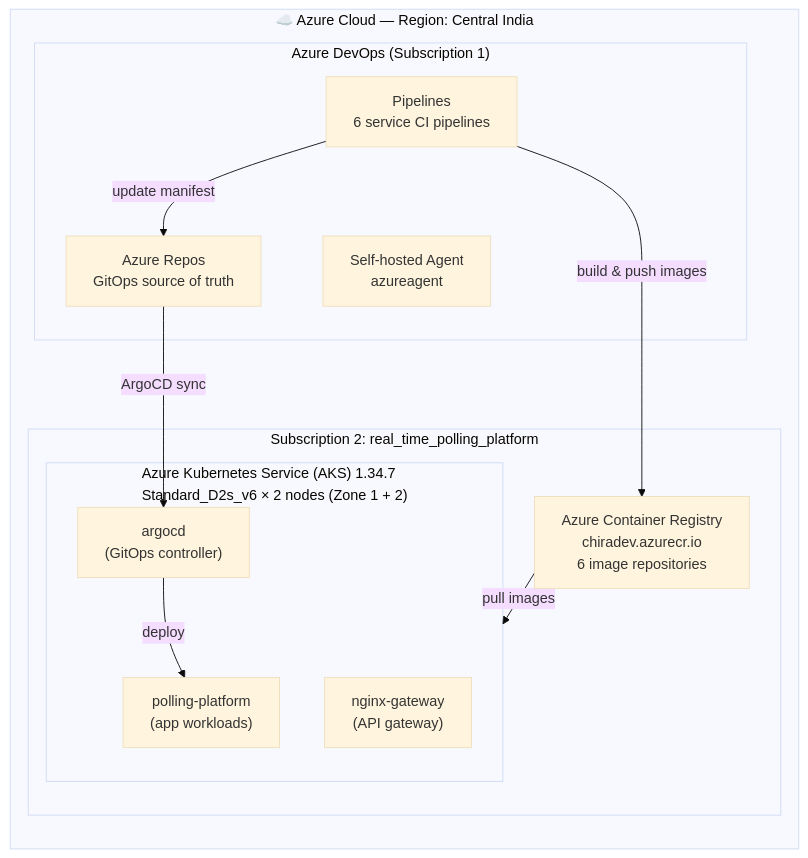
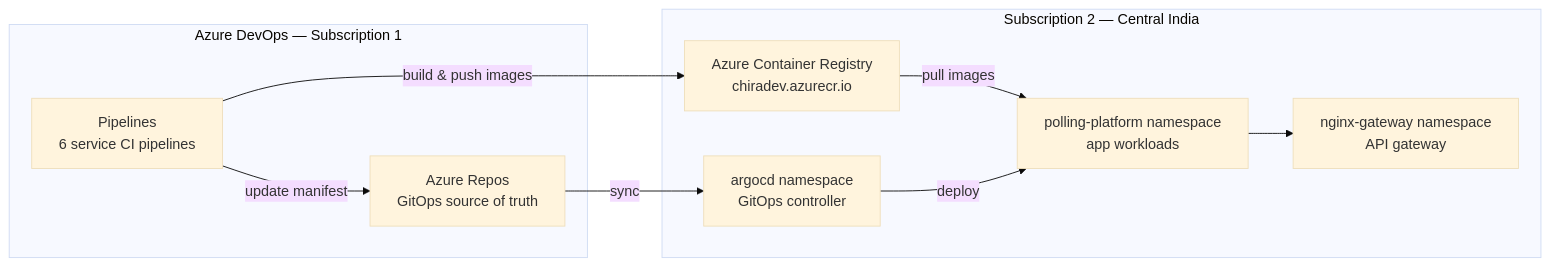
Before and after one commit to 0019-KDU/cloud-native-polling-platform: the second of 6 diagrams in README.md, drawn with Mermaid (base theme). The commit also changed other lines of this file and 6 other files, not shown here.

Commit message:
fix: resolve Mermaid render errors (cycles + nested subgraphs); add diagram sources to docs/diagrams

````diff
--- a/README.md
+++ b/README.md
@@ -154,28 +154,21 @@
 ```mermaid
 flowchart LR
-    subgraph AZURE["☁️ Azure Cloud — Region: Central India"]
-        direction TB
-
-        subgraph DEVOPS["Azure DevOps (Subscription 1)"]
-            REPO["Azure Repos<br/>GitOps source of truth"]
-            PIPE["Pipelines<br/>6 service CI pipelines"]
-            AGENT["Self-hosted Agent<br/>azureagent"]
-        end
-
-        subgraph SUB2["Subscription 2: real_time_polling_platform"]
-            ACR["Azure Container Registry<br/>chiradev.azurecr.io<br/>6 image repositories"]
-
-            subgraph AKS["Azure Kubernetes Service (AKS) 1.34.7<br/>Standard_D2s_v6 × 2 nodes (Zone 1 + 2)"]
-                NS1["polling-platform<br/>(app workloads)"]
-                NS2["argocd<br/>(GitOps controller)"]
-                NS3["nginx-gateway<br/>(API gateway)"]
-            end
-        end
+    subgraph DEVOPS["Azure DevOps — Subscription 1"]
+        PIPE["Pipelines<br/>6 service CI pipelines"]
+        REPO["Azure Repos<br/>GitOps source of truth"]
     end
 
-    PIPE -- "build & push images" --> ACR
-    PIPE -- "update manifest" --> REPO
-    ACR -- "pull images" --> AKS
-    REPO -- "ArgoCD sync" --> NS2
-    NS2 -- "deploy" --> NS1
+    subgraph SUB2["Subscription 2 — Central India"]
+        ACR["Azure Container Registry<br/>chiradev.azurecr.io"]
+        ARGO["argocd namespace<br/>GitOps controller"]
+        APP["polling-platform namespace<br/>app workloads"]
+        GWNS["nginx-gateway namespace<br/>API gateway"]
+    end
+
+    PIPE -->|"build & push images"| ACR
+    PIPE -->|"update manifest"| REPO
+    REPO -->|"sync"| ARGO
+    ACR -->|"pull images"| APP
+    ARGO -->|"deploy"| APP
+    APP --> GWNS
 ```
````
